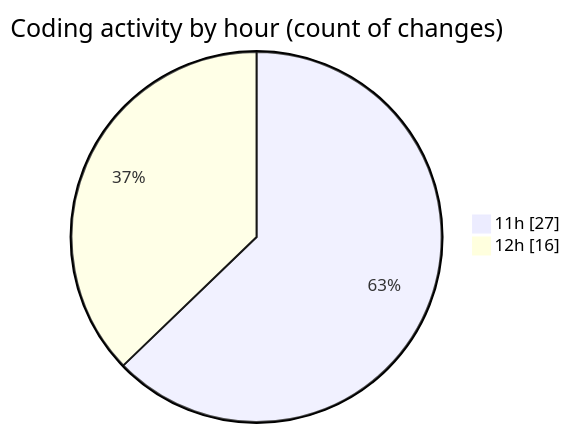
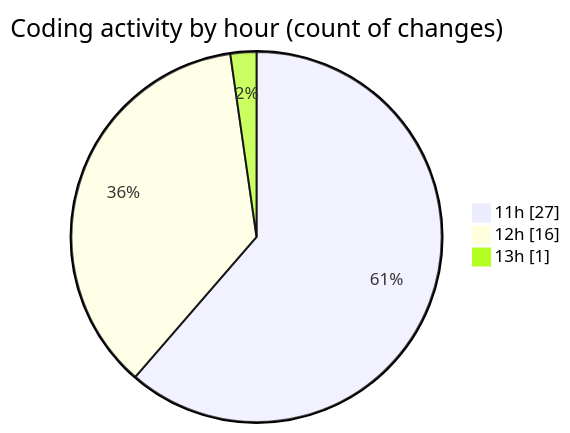
The second of 2 diagrams in 2025-04-18/myws__workspace_/README.md (MatusMokan/code-tracking), drawn with Mermaid before and after one commit. The commit also changed other lines of this file and 1 other file, not shown here.

````diff
--- a/2025-04-18/myws__workspace_/README.md
+++ b/2025-04-18/myws__workspace_/README.md
@@ -28,6 +28,7 @@
 ```mermaid
 pie showData
 title Coding activity by hour (count of changes)
 "11h" : 27
 "12h" : 16
+"13h" : 1
 ```
````
